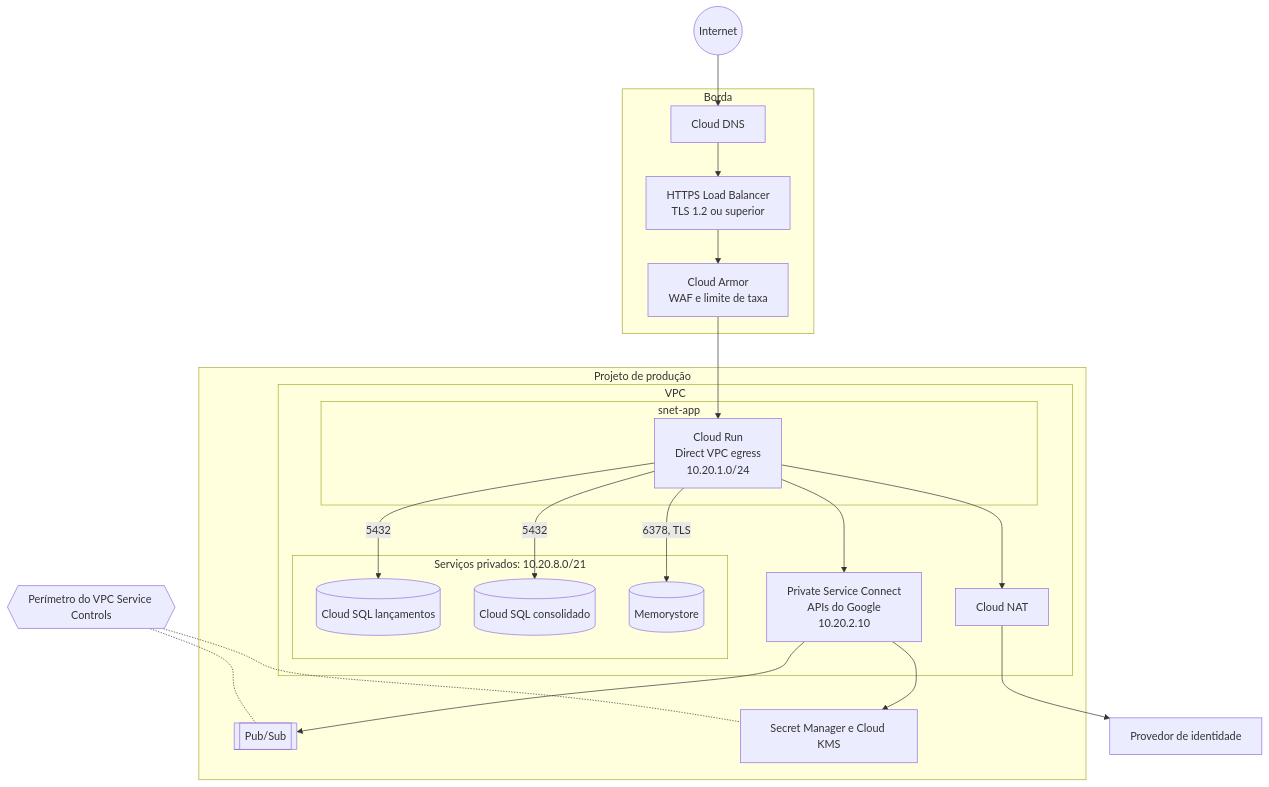
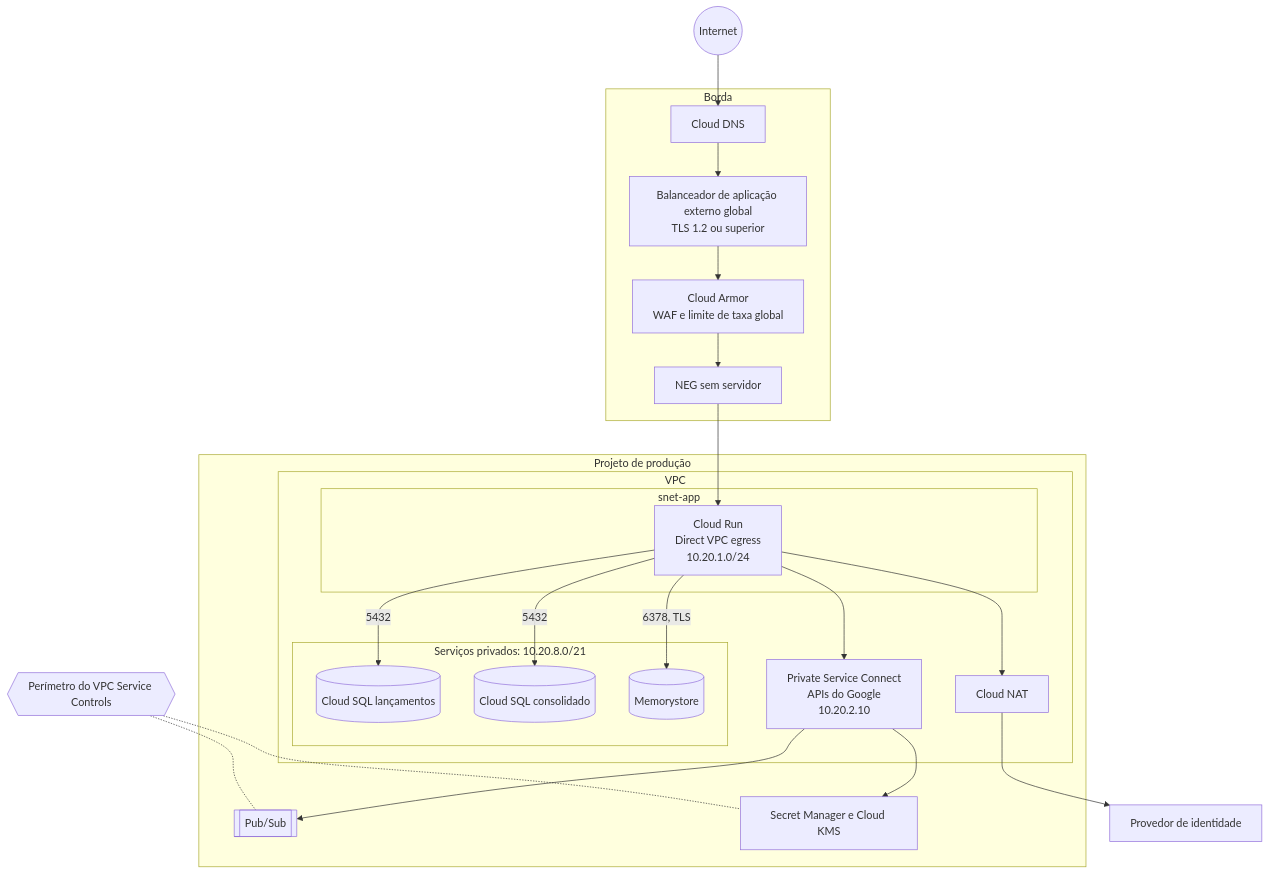
One commit to adrielcodeco/daily-cash-flow changed the diagram in docs/10-rede.md. Above: the diagram before and after it, drawn with Mermaid. The commit also changed other lines of this file and 142 other files, not shown here.

````diff
--- a/docs/10-rede.md
+++ b/docs/10-rede.md
@@ -7,34 +7,35 @@
 ```mermaid
 flowchart TB
     NET((Internet))
     subgraph EDGE[Borda]
         DNS[Cloud DNS]
-        LB["HTTPS Load Balancer<br/>TLS 1.2 ou superior"]
-        ARM["Cloud Armor<br/>WAF e limite de taxa"]
+        LB["Balanceador de aplicação externo global<br/>TLS 1.2 ou superior"]
+        ARM["Cloud Armor<br/>WAF e limite de taxa global"]
+        NEG["NEG sem servidor"]
     end
     subgraph PROJ[Projeto de produção]
         subgraph VPC["VPC"]
             subgraph SA["snet-app"]
                 RUN["Cloud Run<br/>Direct VPC egress<br/>10.20.1.0/24"]
             end
             subgraph SD["Serviços privados: 10.20.8.0/21"]
                 SQL1[("Cloud SQL lançamentos")]
                 SQL2[("Cloud SQL consolidado")]
                 RED[("Memorystore")]
             end
             PSC["Private Service Connect<br/>APIs do Google<br/>10.20.2.10"]
             NAT["Cloud NAT"]
         end
         PS[["Pub/Sub"]]
         SEC["Secret Manager e Cloud KMS"]
     end
     VPCSC{{"Perímetro do VPC Service Controls"}}
     EXT[Provedor de identidade]
     NET --> DNS --> LB
-    LB --> ARM --> RUN
+    LB --> ARM --> NEG --> RUN
     RUN -- "5432" --> SQL1 & SQL2
     RUN -- "6378, TLS" --> RED
     RUN --> PSC --> PS & SEC
     RUN --> NAT --> EXT
     VPCSC -.- PS & SEC
 ```
````
